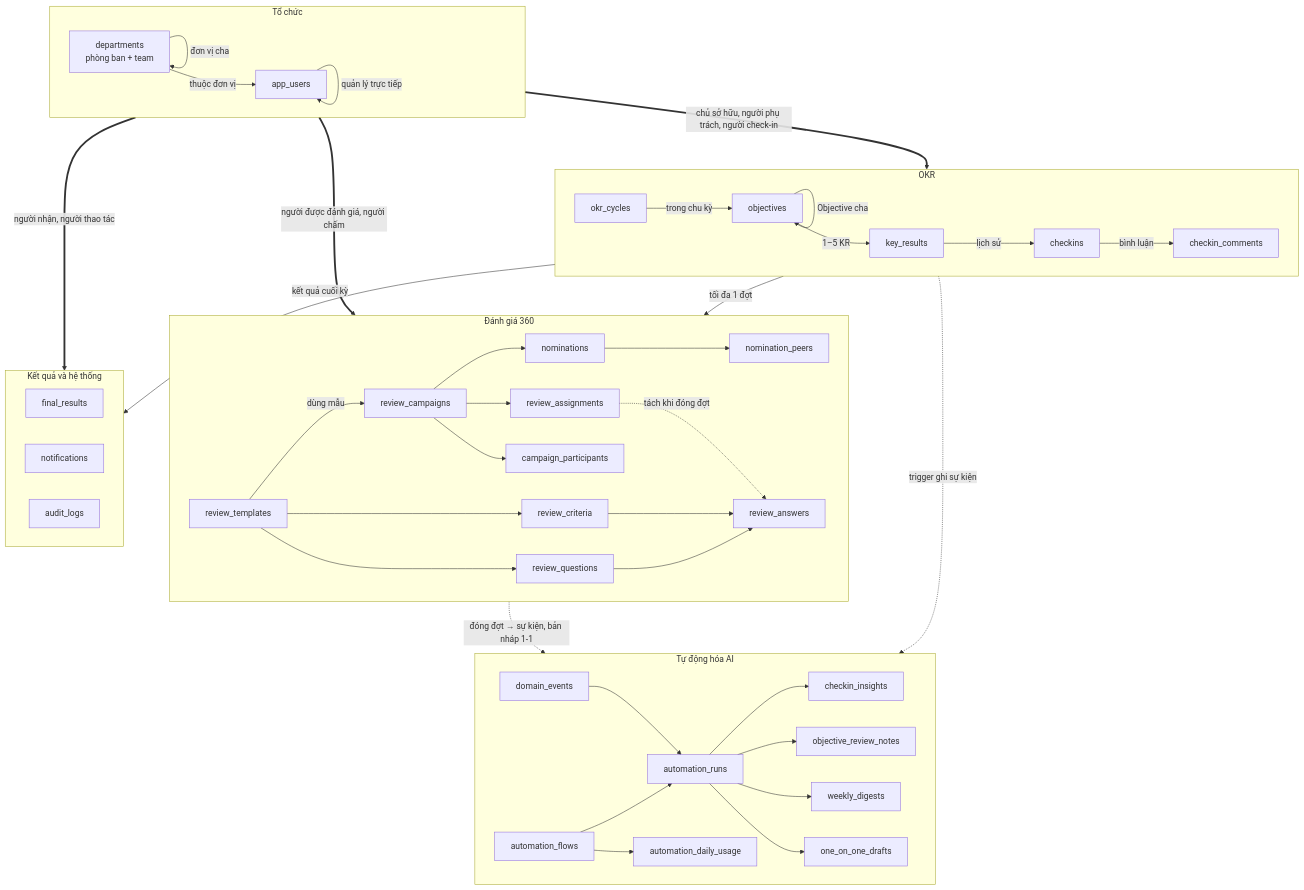
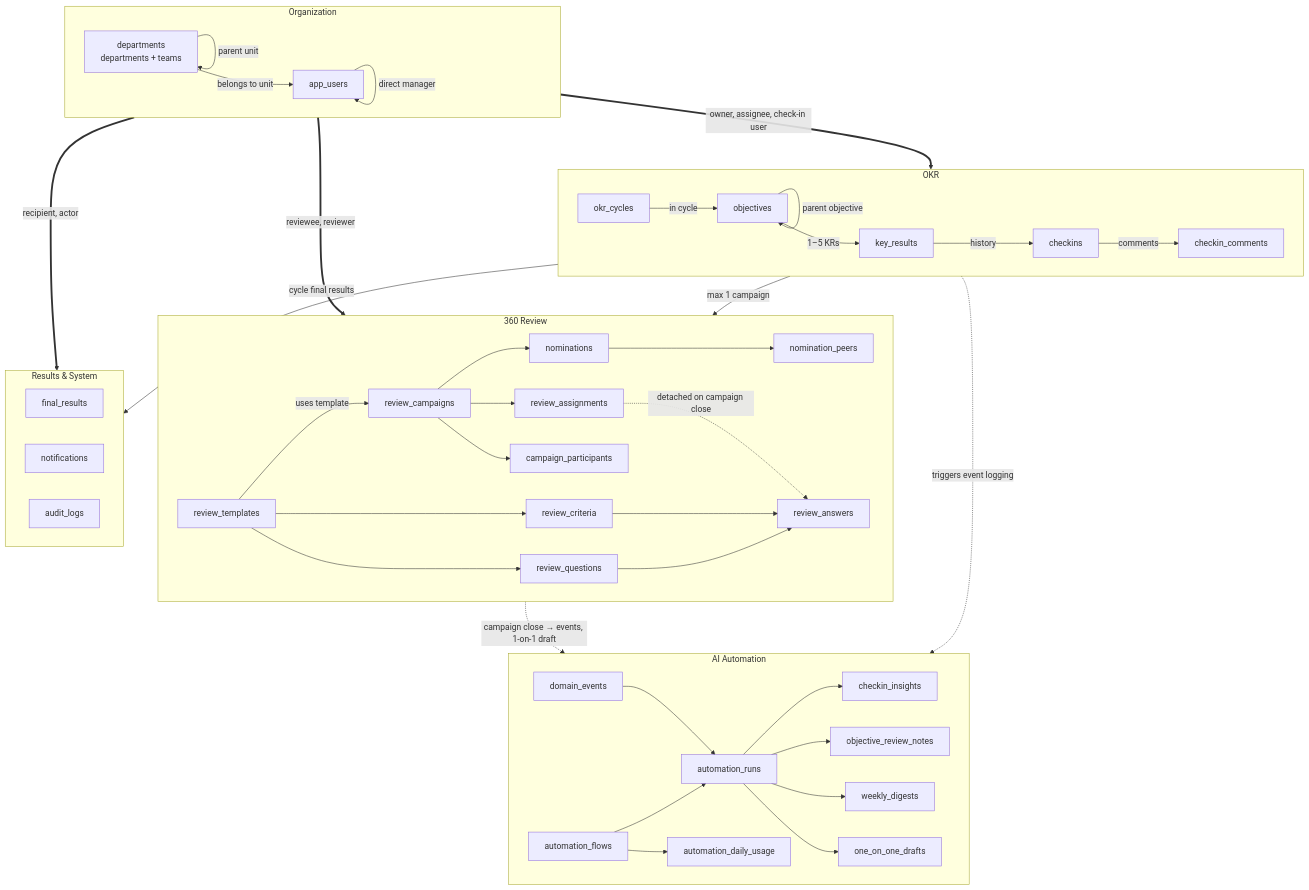
One commit to Akaza-ban/OCK-360 changed the first of 3 diagrams in docs/DATABASE.md. Above: the diagram before and after it, drawn with Mermaid. The commit also changed other lines of this file and 24 other files, not shown here.

````diff
--- a/docs/DATABASE.md
+++ b/docs/DATABASE.md
@@ -9,57 +9,57 @@
 ```mermaid
 flowchart TB
-    subgraph ORG["Tổ chức"]
+    subgraph ORG["Organization"]
         direction LR
-        DEP["departments<br/>phòng ban + team"] -->|thuộc đơn vị| USR["app_users"]
-        DEP -->|đơn vị cha| DEP
-        USR -->|quản lý trực tiếp| USR
+        DEP["departments<br/>departments + teams"] -->|belongs to unit| USR["app_users"]
+        DEP -->|parent unit| DEP
+        USR -->|direct manager| USR
     end
 
     subgraph OKR["OKR"]
         direction LR
-        CYC["okr_cycles"] -->|trong chu kỳ| OBJ["objectives"]
-        OBJ -->|Objective cha| OBJ
-        OBJ -->|1–5 KR| KR["key_results"]
-        KR -->|lịch sử| CHK["checkins"]
-        CHK -->|bình luận| CMT["checkin_comments"]
+        CYC["okr_cycles"] -->|in cycle| OBJ["objectives"]
+        OBJ -->|parent objective| OBJ
+        OBJ -->|1–5 KRs| KR["key_results"]
+        KR -->|history| CHK["checkins"]
+        CHK -->|comments| CMT["checkin_comments"]
     end
 
-    subgraph REV["Đánh giá 360"]
+    subgraph REV["360 Review"]
         direction LR
         TPL["review_templates"] --> CRI["review_criteria"]
         TPL --> QST["review_questions"]
-        TPL -->|dùng mẫu| CMP["review_campaigns"]
+        TPL -->|uses template| CMP["review_campaigns"]
         CMP --> PAR["campaign_participants"]
         CMP --> NOM["nominations"] --> NPE["nomination_peers"]
         CMP --> ASG["review_assignments"]
-        ASG -.->|tách khi đóng đợt| ANS["review_answers"]
+        ASG -.->|detached on campaign close| ANS["review_answers"]
         CRI --> ANS
         QST --> ANS
     end
 
-    subgraph SYS["Kết quả và hệ thống"]
+    subgraph SYS["Results & System"]
         direction LR
         FIN["final_results"]
         NOT["notifications"]
         AUD["audit_logs"]
     end
 
-    ORG ==>|chủ sở hữu, người phụ trách, người check-in| OKR
-    ORG ==>|người được đánh giá, người chấm| REV
-    CYC -->|tối đa 1 đợt| CMP
-    CYC -->|kết quả cuối kỳ| FIN
-    subgraph AI["Tự động hóa AI"]
+    ORG ==>|owner, assignee, check-in user| OKR
+    ORG ==>|reviewee, reviewer| REV
+    CYC -->|max 1 campaign| CMP
+    CYC -->|cycle final results| FIN
+    subgraph AI["AI Automation"]
         direction LR
         FLW["automation_flows"] --> RUN["automation_runs"]
         FLW --> USE["automation_daily_usage"]
         EVT["domain_events"] --> RUN
         RUN --> INS["checkin_insights"]
         RUN --> RVN["objective_review_notes"]
         RUN --> DIG["weekly_digests"]
         RUN --> DRF["one_on_one_drafts"]
     end
 
-    ORG ==>|người nhận, người thao tác| SYS
-    OKR -.->|trigger ghi sự kiện| AI
-    REV -.->|đóng đợt → sự kiện, bản nháp 1-1| AI
+    ORG ==>|recipient, actor| SYS
+    OKR -.->|triggers event logging| AI
+    REV -.->|campaign close → events, 1-on-1 draft| AI
 ```
````
